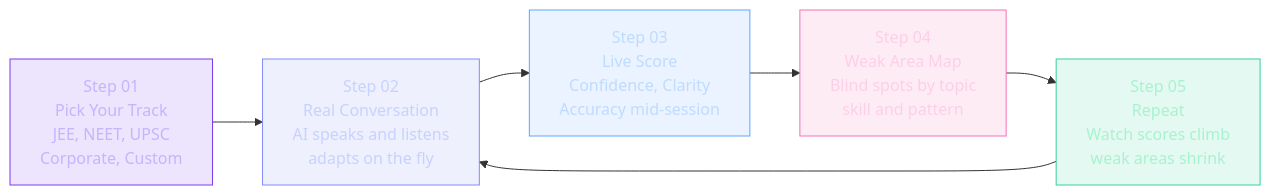
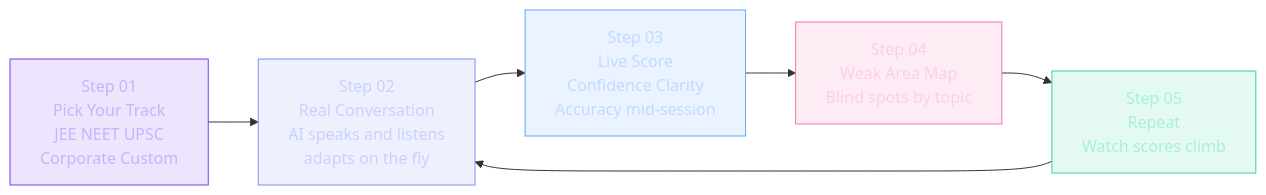
Before and after one commit to SurinderTech/interview-ai: the third of 5 diagrams in README.md, drawn with Mermaid. The commit also changed other lines of this file and 1 other file, not shown here.

Commit message:
fix: add real Priya avatar photo, fix mermaid diagrams, fix all 3 AI interviewer cards

````diff
--- a/README.md
+++ b/README.md
@@ -168,16 +172,16 @@
 ```mermaid
 flowchart LR
-    S1["Step 01\nPick Your Track\nJEE, NEET, UPSC\nCorporate, Custom"]
+    S1["Step 01\nPick Your Track\nJEE NEET UPSC\nCorporate Custom"]
     S2["Step 02\nReal Conversation\nAI speaks and listens\nadapts on the fly"]
-    S3["Step 03\nLive Score\nConfidence, Clarity\nAccuracy mid-session"]
-    S4["Step 04\nWeak Area Map\nBlind spots by topic\nskill and pattern"]
-    S5["Step 05\nRepeat\nWatch scores climb\nweak areas shrink"]
+    S3["Step 03\nLive Score\nConfidence Clarity\nAccuracy mid-session"]
+    S4["Step 04\nWeak Area Map\nBlind spots by topic"]
+    S5["Step 05\nRepeat\nWatch scores climb"]
 
     S1 --> S2 --> S3 --> S4 --> S5 --> S2
 
     style S1 fill:#7c3aed22,stroke:#7c3aed,color:#c4b5fd
     style S2 fill:#818cf822,stroke:#818cf8,color:#c7d2fe
     style S3 fill:#60a5fa22,stroke:#60a5fa,color:#bfdbfe
     style S4 fill:#f472b622,stroke:#f472b6,color:#fbcfe8
     style S5 fill:#34d39922,stroke:#34d399,color:#a7f3d0
 ```
````
